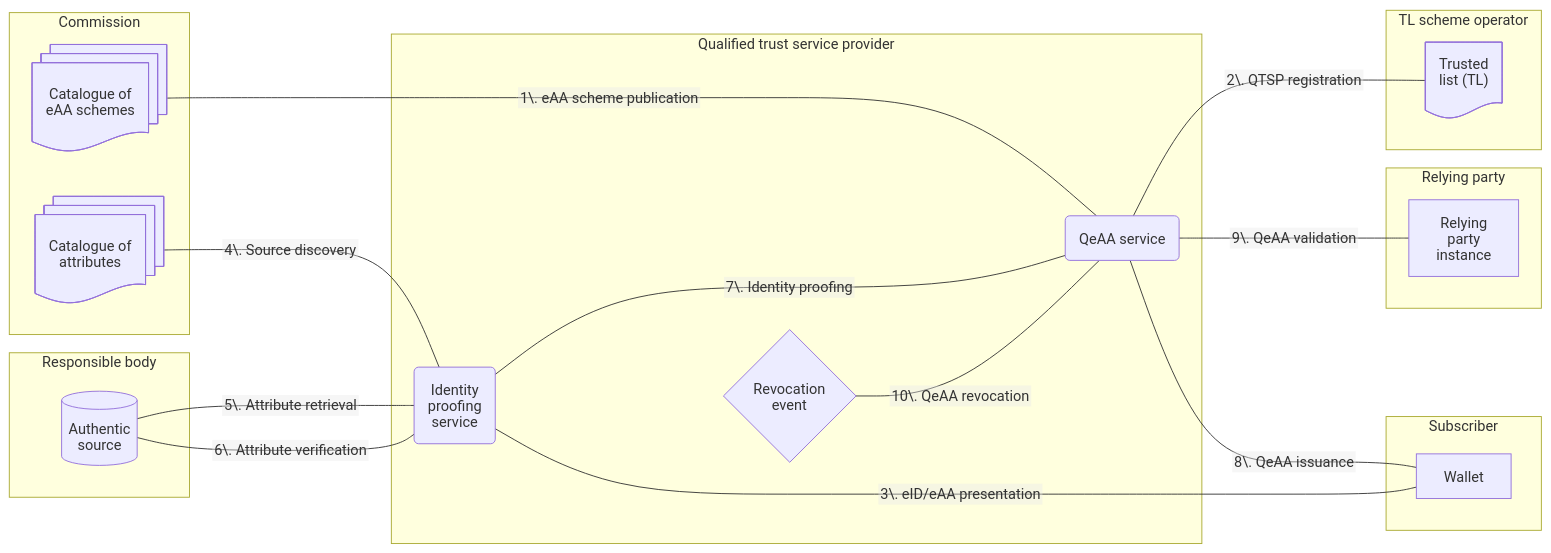
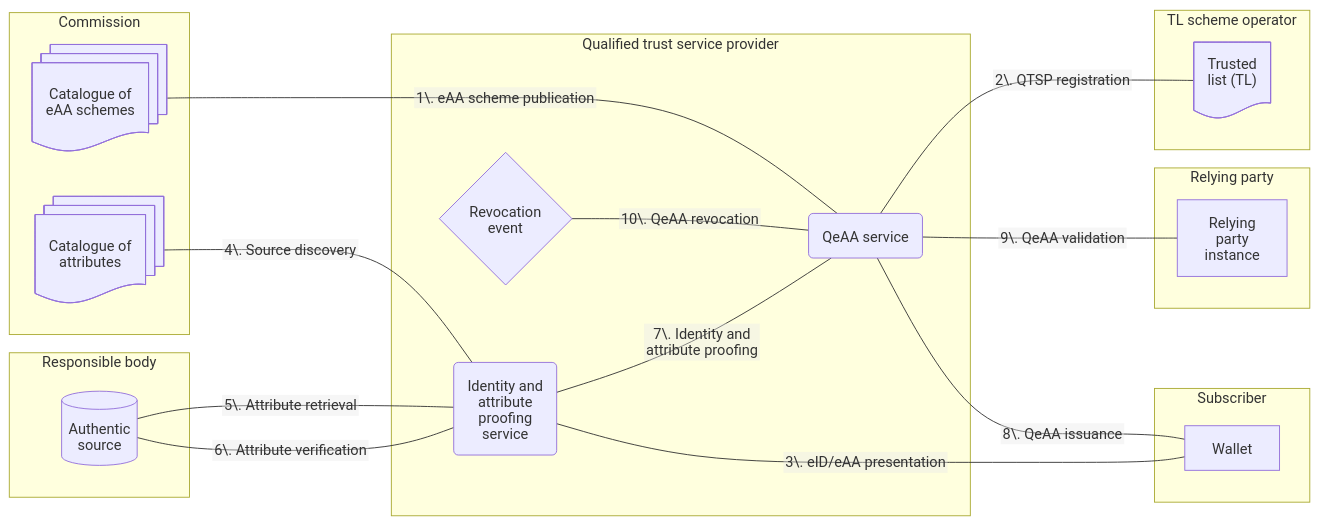
The first of 3 diagrams in docs/qeaa/architecture.md (webuild-consortium/wp4-qtsp-group), drawn with Mermaid before and after one commit. The commit also changed other lines of this file, not shown here.

Commit message:
Extend QeAA IPS to Identity and attribute proofing service

````diff
--- a/docs/qeaa/architecture.md
+++ b/docs/qeaa/architecture.md
@@ -43,50 +43,51 @@
 ```mermaid
 ---
 config:
   htmlLabels: false
   markdownAutoWrap: true
   flowchart:
     #defaultRenderer: "elk"
 ---
 flowchart LR
 subgraph Responsible body
     AS[Authentic
     source]@{shape: cyl}
 end
 subgraph EC[Commission]
     CatAtt[Catalogue of
     attributes]@{shape: docs}
     CatSch[Catalogue of
     eAA schemes]@{shape: docs}
 end
 subgraph QTSP[Qualified trust service provider]
-    IPS[Identity
+    IPS[Identity and
+    attribute
     proofing
     service]@{shape: rounded}
     EAAS["QeAA service"]@{shape: rounded}
     Rev[Revocation
     event]@{shape: diamond}
 end
 subgraph Sub[Subscriber]
     Wallet
 end
 subgraph Relying party
     RP["Relying
     party
     instance"]
 end
 subgraph "TL scheme operator"
     TL["Trusted
     list (TL)"]@{shape: doc}
 end
 CatSch ---|1\. eAA scheme publication| EAAS
 EAAS   ---|2\. QTSP registration     | TL
 Wallet ---|3\. eID/eAA presentation  | IPS
 CatAtt ---|4\. Source discovery      | IPS
 AS     ---|5\. Attribute retrieval   | IPS
 AS     ---|6\. Attribute verification| IPS
-IPS   ----|7\. Identity proofing     | EAAS
+Rev    ---|10\. QeAA revocation      | EAAS
+IPS    ---|7\. Identity and<br>attribute proofing | EAAS
 EAAS   ---|8\. QeAA issuance         | Wallet
 EAAS   ---|9\. QeAA validation       | RP
-Rev    ---|10\. QeAA revocation      | EAAS
 ```
````
